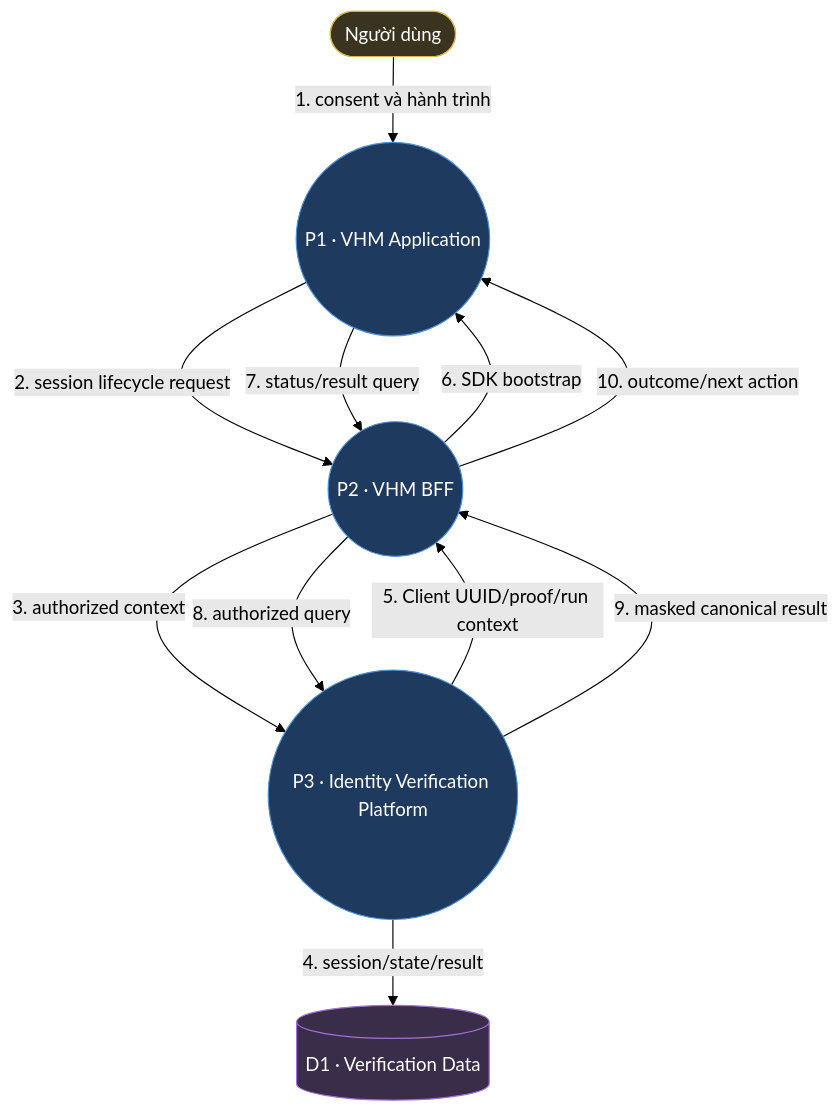
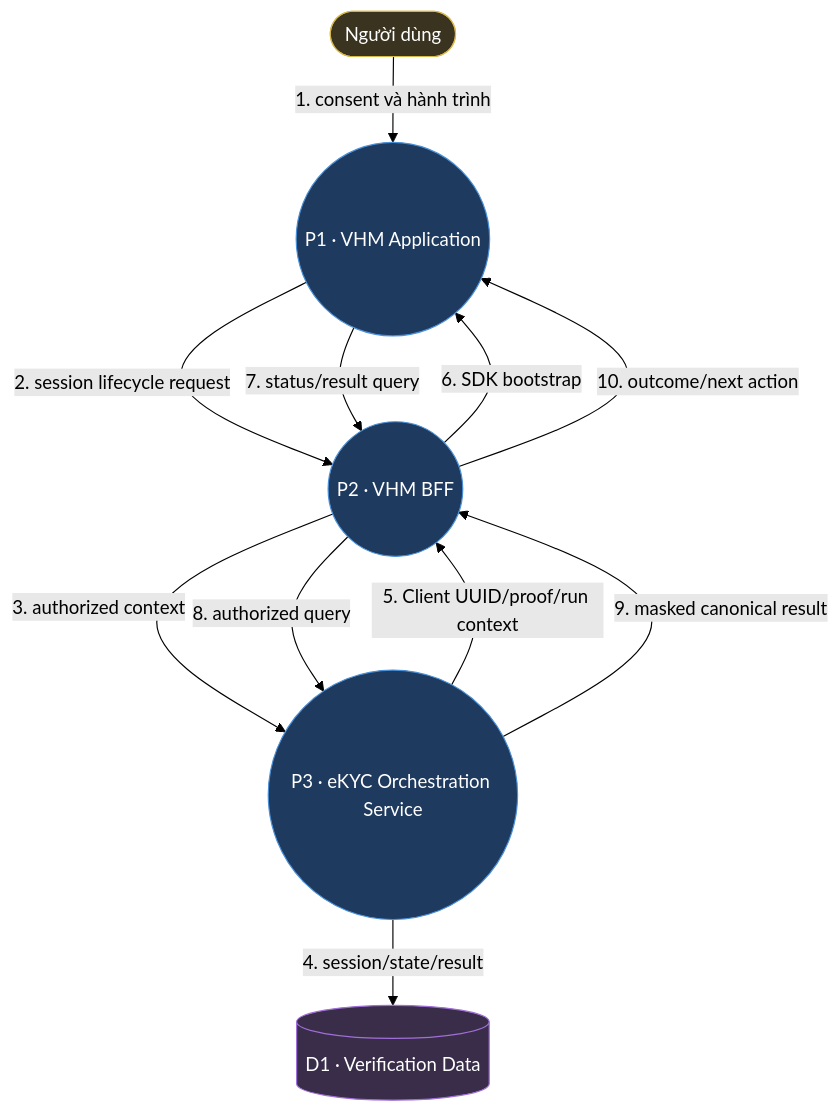
The seventh of 16 diagrams in README.md (huynv-xyz/vhm), drawn with Mermaid (forest theme) before and after one commit. The commit also changed other lines of this file, not shown here.

````diff
--- a/README.md
+++ b/README.md
@@ -977,23 +980,23 @@
 ```mermaid
 flowchart TB
     USER(["Người dùng"]):::entity
     APP(("P1 · VHM Application")):::process
     BFF(("P2 · VHM BFF")):::process
-    IVP(("P3 · Identity Verification Platform")):::process
+    Orchestrator(("P3 · eKYC Orchestration Service")):::process
     DB[("D1 · Verification Data")]:::datastore
 
     USER -->|"1. consent và hành trình"| APP
     APP -->|"2. session lifecycle request"| BFF
-    BFF -->|"3. authorized context"| IVP
-    IVP -->|"4. session/state/result"| DB
-    IVP -->|"5. Client UUID/proof/run context"| BFF
+    BFF -->|"3. authorized context"| Orchestrator
+    Orchestrator -->|"4. session/state/result"| DB
+    Orchestrator -->|"5. Client UUID/proof/run context"| BFF
     BFF -->|"6. SDK bootstrap"| APP
     APP -->|"7. status/result query"| BFF
-    BFF -->|"8. authorized query"| IVP
-    IVP -->|"9. masked canonical result"| BFF
+    BFF -->|"8. authorized query"| Orchestrator
+    Orchestrator -->|"9. masked canonical result"| BFF
     BFF -->|"10. outcome/next action"| APP
 
     classDef entity fill:#3a3320,stroke:#d9b84a,color:#fff;
     classDef process fill:#1f3a5f,stroke:#4a90d9,color:#fff;
     classDef datastore fill:#3a2d4a,stroke:#a06fd9,color:#fff;
 ```
````
